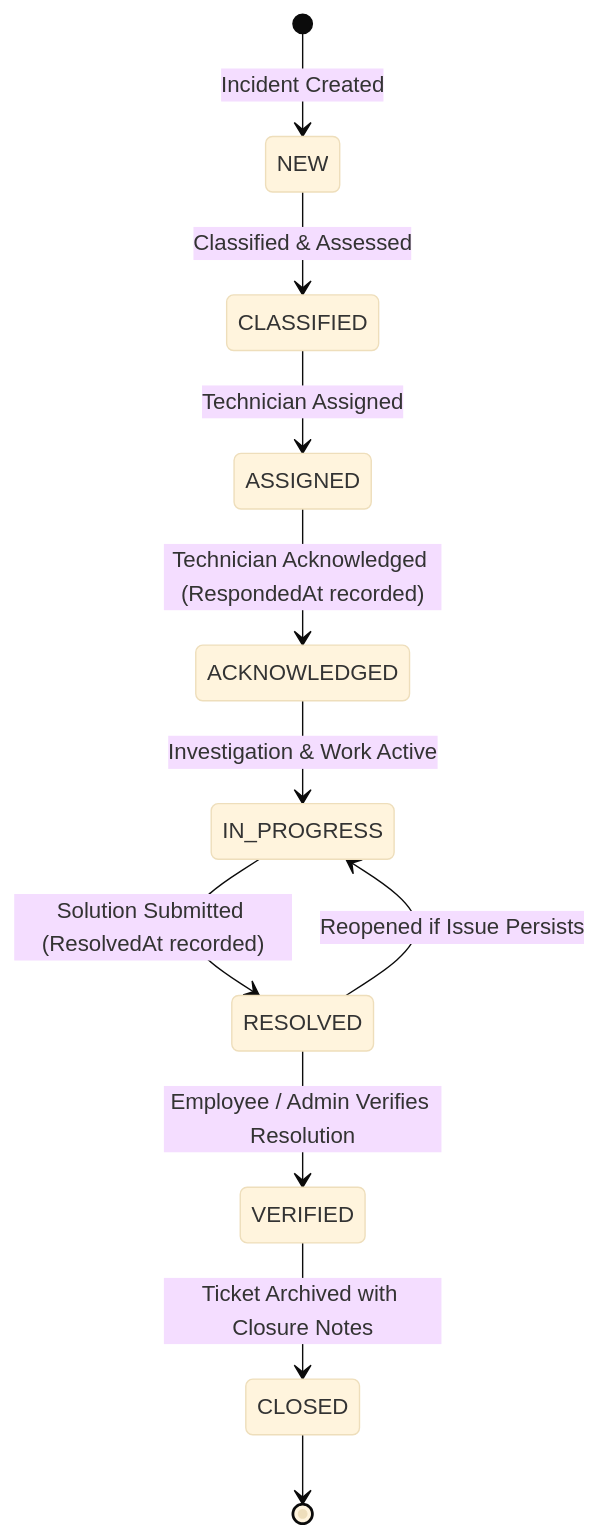
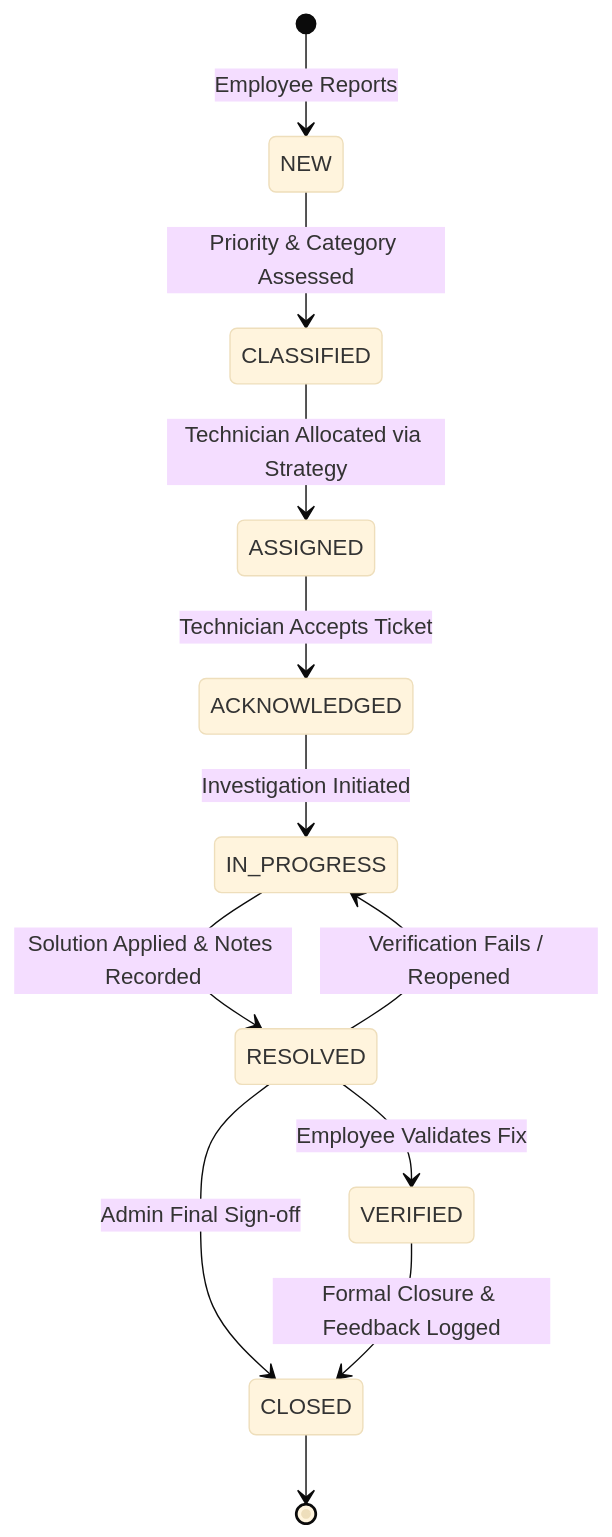
Before and after one commit to funCode9/i-itsm: the fourth of 4 diagrams in docs/architecture/PROJECT_ARCHITECTURE.md, drawn with Mermaid (base theme). The commit also changed other lines of this file and 22 other files, not shown here.

````diff
--- a/docs/architecture/PROJECT_ARCHITECTURE.md
+++ b/docs/architecture/PROJECT_ARCHITECTURE.md
@@ -170,13 +163,14 @@
 ```mermaid
 stateDiagram-v2
-    [*] --> NEW : Incident Created
-    NEW --> CLASSIFIED : Classified & Assessed
-    CLASSIFIED --> ASSIGNED : Technician Assigned
-    ASSIGNED --> ACKNOWLEDGED : Technician Acknowledged (RespondedAt recorded)
-    ACKNOWLEDGED --> IN_PROGRESS : Investigation & Work Active
-    IN_PROGRESS --> RESOLVED : Solution Submitted (ResolvedAt recorded)
-    RESOLVED --> VERIFIED : Employee / Admin Verifies Resolution
-    RESOLVED --> IN_PROGRESS : Reopened if Issue Persists
-    VERIFIED --> CLOSED : Ticket Archived with Closure Notes
+    [*] --> NEW : Employee Reports
+    NEW --> CLASSIFIED : Priority & Category Assessed
+    CLASSIFIED --> ASSIGNED : Technician Allocated via Strategy
+    ASSIGNED --> ACKNOWLEDGED : Technician Accepts Ticket
+    ACKNOWLEDGED --> IN_PROGRESS : Investigation Initiated
+    IN_PROGRESS --> RESOLVED : Solution Applied & Notes Recorded
+    RESOLVED --> VERIFIED : Employee Validates Fix
+    RESOLVED --> IN_PROGRESS : Verification Fails / Reopened
+    RESOLVED --> CLOSED : Admin Final Sign-off
+    VERIFIED --> CLOSED : Formal Closure & Feedback Logged
     CLOSED --> [*]
 ```
````
